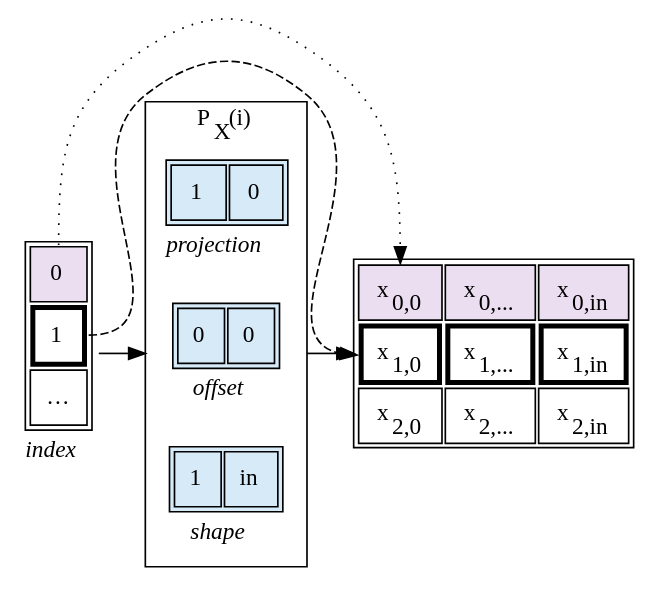
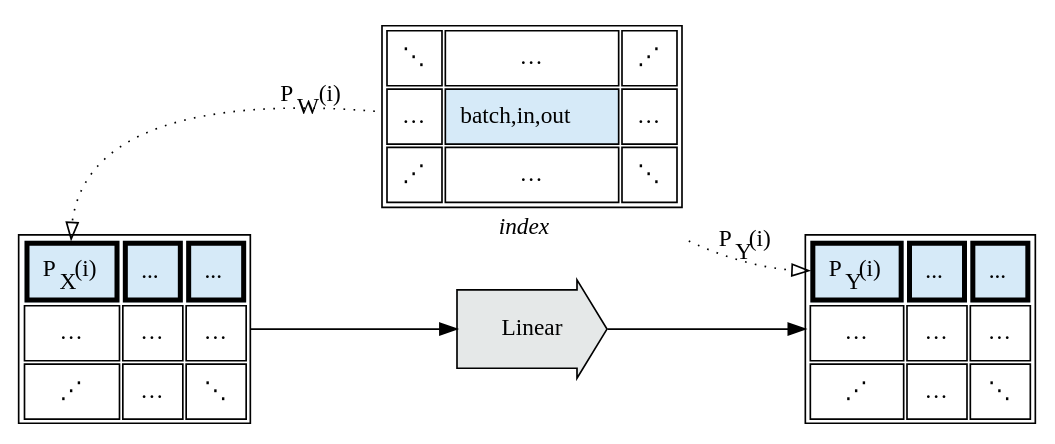
One commit to crutcher/crutcher.github.io-source changed diagram 12 of 18 in source/Tapestry/index.md. Above: the diagram before and after it, drawn with Graphviz. The commit also changed other lines of this file and 2 other files, not shown here.

Commit message:
out dim sharding

````diff
--- a/source/Tapestry/index.md
+++ b/source/Tapestry/index.md
@@ -1206,112 +1299,106 @@
 ```graphviz
 digraph G {
-  rankdir=LR;
-  compound=true;
+    rankdir=LR;
 
-  subgraph cluster_zproj {
-    label=<P<sub>X</sub>(i)>;
-  proj [
-    shape="plain",
-    label=<
-        <table border="0">
-    <tr><td>
-      <table bgcolor="#D6EAF8" cellpadding="8">
-        <tr>
-          <td>1</td>
-          <td>0</td>
-          </tr>
-        </table>
-          </td></tr>
-    <tr><td><i>projection</i></td></tr>
-          </table>
-    >,
-  ];
+    idx [
+        shape="plain",
+        label=<
+	<table border="0">
+        <tr><td>
+          <table cellpadding="8">
+              <tr>
+                  <td>⋱</td>
+                  <td>…</td>
+                  <td>⋰</td>
+                  </tr>
+              <tr>
+                  <td>…</td>
+                  <td bgcolor="#D6EAF8" align="center">batch,in,out</td>
+                  <td>…</td>
+                  </tr>
+              <tr>
+                  <td>⋰</td>
+                  <td>…</td>
+                  <td>⋱</td>
+                  </tr>
+              </table>
+	  </td></tr>
+        <tr><td><i>index</i></td></tr>
+	  </table>
+        >,
+    ];
 
-  offset [
-    shape="plain",
-    label=<
-        <table border="0">
-    <tr><td>
-      <table bgcolor="#D6EAF8" cellpadding="8">
-        <tr>
-          <td>0</td>
-          <td>0</td>
-          </tr>
-        </table>
-          </td></tr>
-    <tr><td><i>offset</i></td></tr>
-          </table>
-    >,
-  ];
+    x [
+        shape="plain",
+        label=<
+        <table cellpadding="8">
+            <tr>
+                <td port="a" bgcolor="#D6EAF8" border="3">P<sub>X</sub>(i)</td>
+                <td bgcolor="#D6EAF8" border="3">...</td>
+                <td bgcolor="#D6EAF8" border="3">...</td>
+                </tr>
+            <tr>
+                <td>…</td>
+                <td>…</td>
+                <td>…</td>
+                </tr>
+            <tr>
+                <td>⋰</td>
+                <td>…</td>
+                <td>⋱</td>
+                </tr>
+            </table>
+        >,
+    ];
+    
+    y [
+        shape="plain",
+        label=<
+        <table cellpadding="8">
+            <tr>
+                <td port="a" bgcolor="#D6EAF8" border="3">P<sub>Y</sub>(i)</td>
+                <td bgcolor="#D6EAF8" border="3">...</td>
+                <td bgcolor="#D6EAF8" border="3">...</td>
+                </tr>
+            <tr>
+                <td>…</td>
+                <td>…</td>
+                <td>…</td>
+                </tr>
+            <tr>
+                <td>⋰</td>
+                <td>…</td>
+                <td>⋱</td>
+                </tr>
+            </table>
+        >,
+    ];
+    
+    op [
+        label=Linear,
+        shape=rarrow,
+        style=filled,
+        fillcolor="#E5E8E8",
+        margin=0.3
+    ];
 
-  rshape [
-    shape="plain",
-    label=<
-        <table border="0">
-    <tr><td>
-      <table bgcolor="#D6EAF8" cellpadding="8">
-        <tr>
-          <td>1</td>
-          <td>in</td>
-          </tr>
-        </table>
-          </td></tr>
-    <tr><td><i>shape</i></td></tr>
-          </table>
-    >,
-  ];
+    x -> op;
+    op -> y;
 
-  }
+    idx -> x:a [
+        label=<P<sub>W</sub>(i)>,
+        constraint=false,
+        style=dotted,
+        arrowhead=empty
+    ];
+    
+    idx -> y:a [
+        label=<P<sub>Y</sub>(i)>,
+        constraint=false,
+        style=dotted,
+        arrowhead=empty
+    ];
 
-  X [
-      shape="plain",
-      label=<
-      <table cellpadding="8">
-          <tr>
-              <td port="a" bgcolor="#EBDEF0">x<sub>0,0</sub></td>
-              <td bgcolor="#EBDEF0">x<sub>0,...</sub></td>
-              <td bgcolor="#EBDEF0">x<sub>0,in</sub></td>
-              </tr>
-          <tr>
-              <td border="3" port="b">x<sub>1,0</sub></td>
-              <td border="3">x<sub>1,...</sub></td>
-              <td border="3">x<sub>1,in</sub></td>
-              </tr>
-          <tr>
-              <td>x<sub>2,0</sub></td>
-              <td>x<sub>2,...</sub></td>
-              <td>x<sub>2,in</sub></td>
-              </tr>
-          </table>
-      >,
-  ];
-
-  idx [
-    shape="plain",
-    label=<
-        <table border="0">
-    <tr><td>
-      <table cellpadding="8">
-        <tr>
-          <td port="a" bgcolor="#EBDEF0">0</td>
-          </tr>
-        <tr>
-          <td port="b" border="3">1</td>
-          </tr>
-        <tr>
-          <td>…</td>
-          </tr>
-        </table>
-          </td></tr>
-    <tr><td><i>index</i></td></tr>
-          </table>
-    >,
-  ];
-
-  idx -> offset [lhead=cluster_zproj];
-  offset -> X [ltail=cluster_zproj];
-
-  idx:a -> X:a [weight=0, style=dotted];
-  idx:b -> X:b [weight=0, style=dashed];
+    { rank=same; op; idx; }
 }
 ```
````
